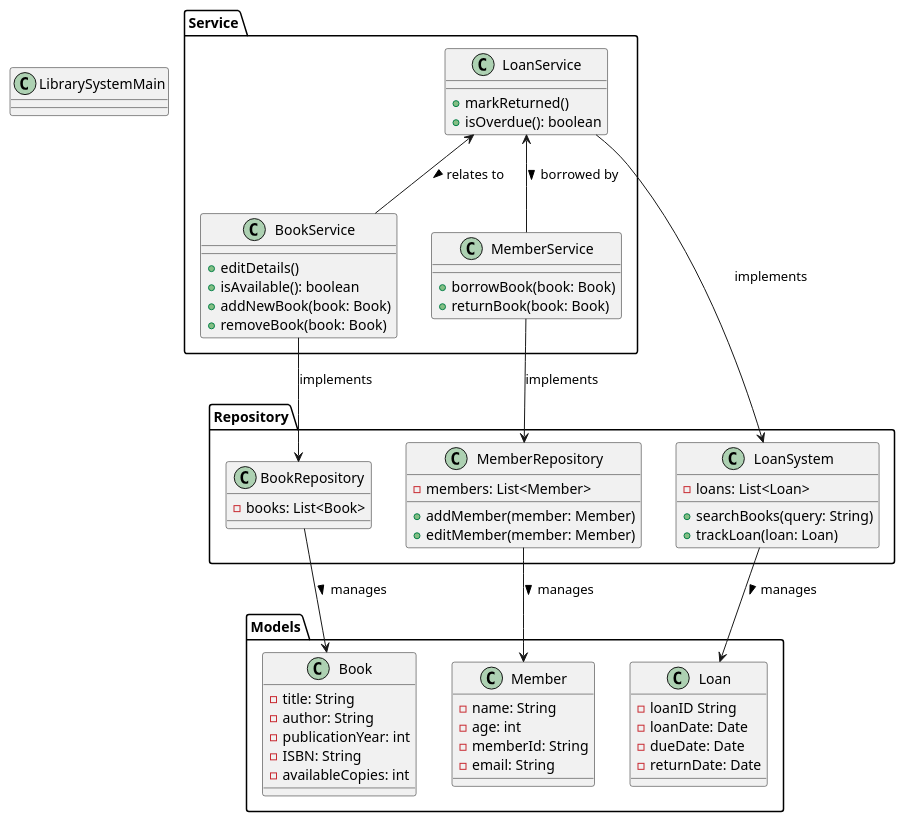
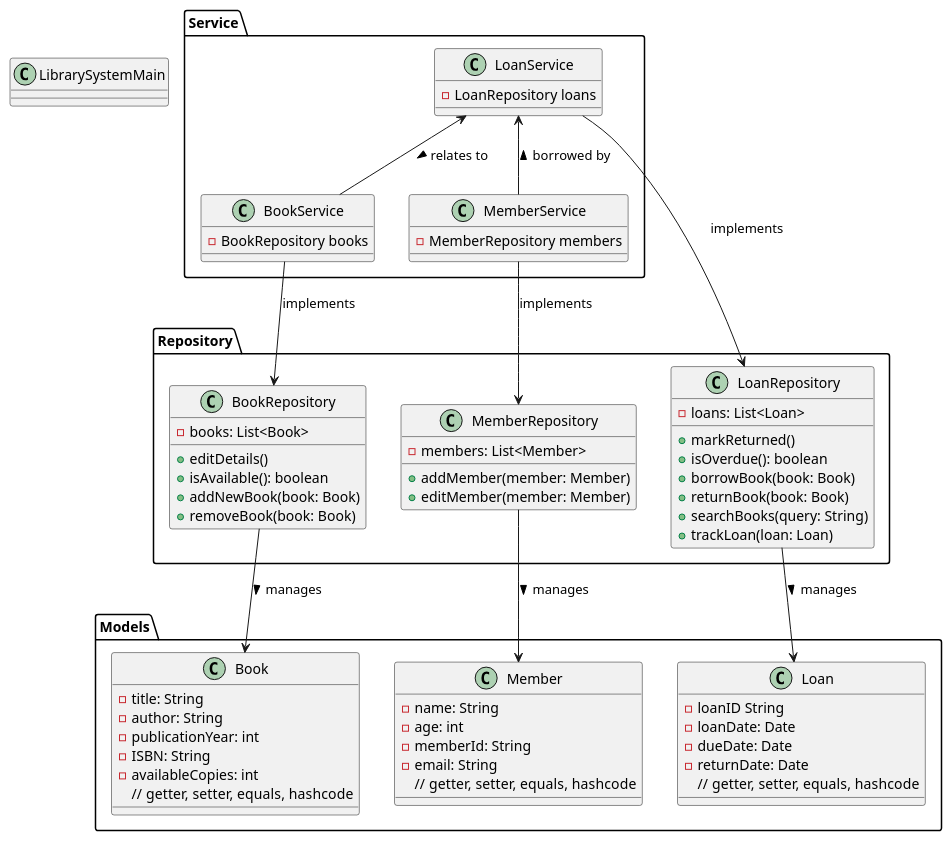
The diagram in src/uml/IntecPuntClassDiagram.puml (BramLab/IntecPunt), drawn with PlantUML before and after one commit.

```diff
--- a/src/uml/IntecPuntClassDiagram.puml
+++ b/src/uml/IntecPuntClassDiagram.puml
@@ -1,76 +1,82 @@
 @startuml
 Package "Models" {
 class Book {
   - title: String
   - author: String
   - publicationYear: int
   - ISBN: String
   - availableCopies: int
-}
-
+  // getter, setter, equals, hashcode
+  }
 class Member {
   - name: String
   - age: int
   - memberId: String
   - email: String
-}
-
+  // getter, setter, equals, hashcode
+  }
 class Loan {
   - loanID String
   - loanDate: Date
   - dueDate: Date
   - returnDate: Date
+  // getter, setter, equals, hashcode
   }
 }
 
 Package "Service" {
 
 class MemberService {
+ - MemberRepository members
+  }
+class BookService {
+ - BookRepository books
+
+  }
+class LoanService {
+ - LoanRepository loans
+  }
+}
+
+Package "Repository" {
+class LoanRepository {
+  - loans: List<Loan>
+  + markReturned()
+  + isOverdue(): boolean
   + borrowBook(book: Book)
   + returnBook(book: Book)
+  + searchBooks(query: String)
+  + trackLoan(loan: Loan)
   }
-class BookService {
+class BookRepository {
+  - books: List<Book>
   + editDetails()
   + isAvailable(): boolean
   + addNewBook(book: Book)
   + removeBook(book: Book)
   }
-class LoanService {
-  + markReturned()
-  + isOverdue(): boolean
-  }
-}
-
-Package "Repository" {
-class LoanSystem {
-- loans: List<Loan>
-  + searchBooks(query: String)
-  + trackLoan(loan: Loan)
-  }
-class BookRepository {
- - books: List<Book>
-}
 class MemberRepository {
-- members: List<Member>
+  - members: List<Member>
   + addMember(member: Member)
   + editMember(member: Member)
 
-}
+
+  }
 }
 
 class LibrarySystemMain {
 
 }
 
 BookService --> BookRepository : implements
 MemberService --> MemberRepository : implements
-LoanService --> LoanSystem : implements
+LoanService --> LoanRepository : implements
 BookRepository --> Book : manages >
 MemberRepository --> Member : manages >
-LoanSystem --> Loan : manages >
+LoanRepository --> Loan : manages >
 LoanService <-- BookService : relates to >
-LoanService <-- MemberService : borrowed by >
+LoanService <-- MemberService : borrowed by <
 
 
 
 @enduml
```
